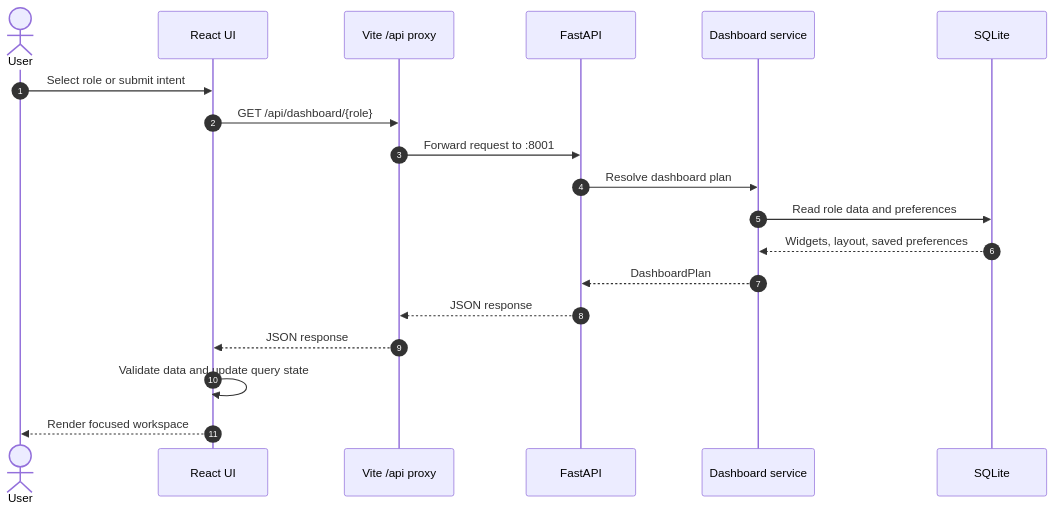
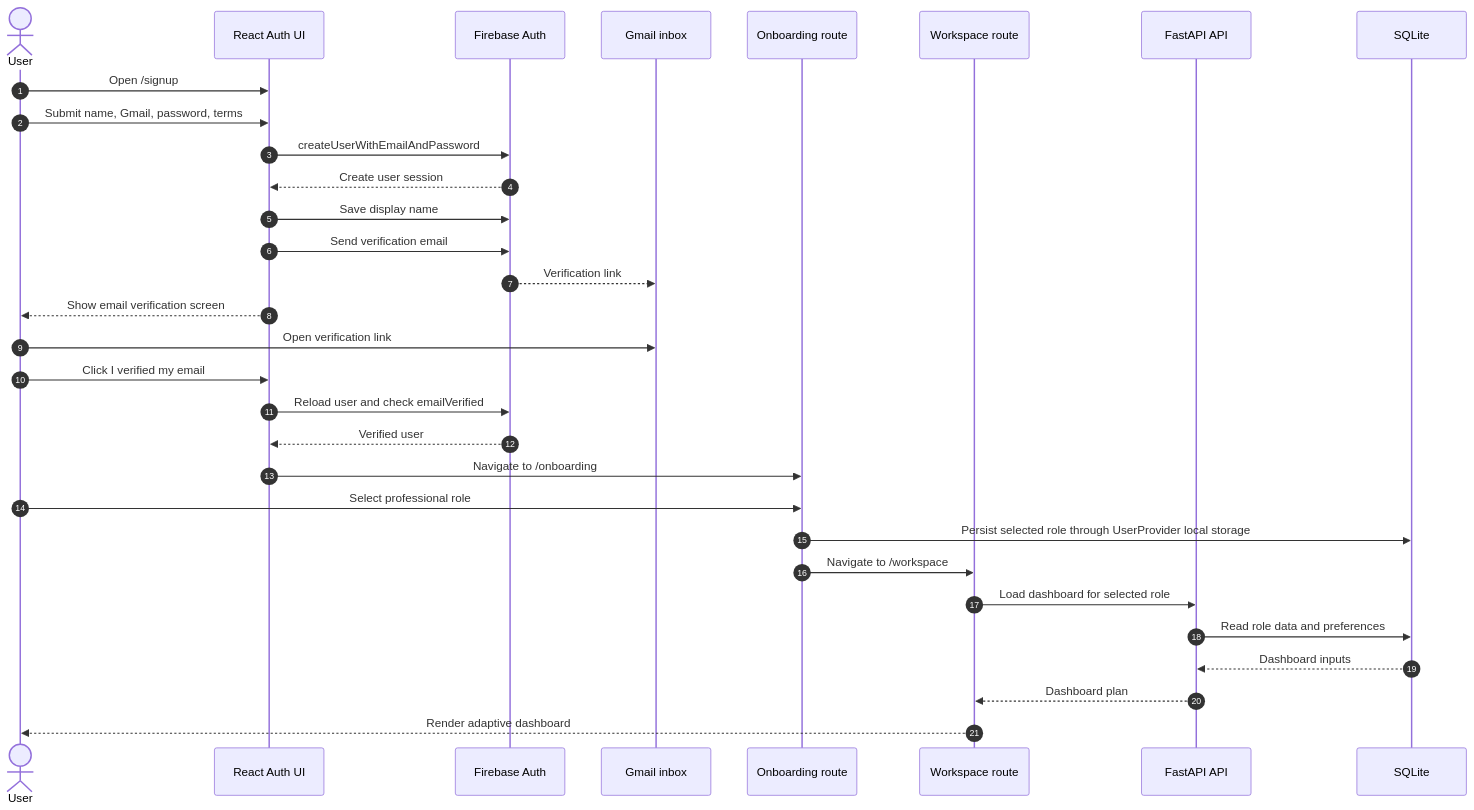
One commit to paawan-pawar/intent_workspace changed the second of 3 diagrams in README.md. Above: the diagram before and after it, drawn with Mermaid. The commit also changed other lines of this file, not shown here.

Commit message:
docs: update architecture and setup guide

````diff
--- a/README.md
+++ b/README.md
@@ -69,22 +104,34 @@
 ```mermaid
 sequenceDiagram
-	autonumber
-	actor User
-	participant UI as React UI
-	participant Proxy as Vite /api proxy
-	participant API as FastAPI
-	participant Service as Dashboard service
-	participant DB as SQLite
+    autonumber
+    actor User
+    participant UI as React Auth UI
+    participant Firebase as Firebase Auth
+    participant Gmail as Gmail inbox
+    participant Onboarding as Onboarding route
+    participant Workspace as Workspace route
+    participant API as FastAPI API
+    participant DB as SQLite
 
-	User->>UI: Select role or submit intent
-	UI->>Proxy: GET /api/dashboard/{role}
-	Proxy->>API: Forward request to :8001
-	API->>Service: Resolve dashboard plan
-	Service->>DB: Read role data and preferences
-	DB-->>Service: Widgets, layout, saved preferences
-	Service-->>API: DashboardPlan
-	API-->>Proxy: JSON response
-	Proxy-->>UI: JSON response
-	UI->>UI: Validate data and update query state
-	UI-->>User: Render focused workspace
+    User->>UI: Open /signup
+    User->>UI: Submit name, Gmail, password, terms
+    UI->>Firebase: createUserWithEmailAndPassword
+    Firebase-->>UI: Create user session
+    UI->>Firebase: Save display name
+    UI->>Firebase: Send verification email
+    Firebase-->>Gmail: Verification link
+    UI-->>User: Show email verification screen
+    User->>Gmail: Open verification link
+    User->>UI: Click I verified my email
+    UI->>Firebase: Reload user and check emailVerified
+    Firebase-->>UI: Verified user
+    UI->>Onboarding: Navigate to /onboarding
+    User->>Onboarding: Select professional role
+    Onboarding->>DB: Persist selected role through UserProvider local storage
+    Onboarding->>Workspace: Navigate to /workspace
+    Workspace->>API: Load dashboard for selected role
+    API->>DB: Read role data and preferences
+    DB-->>API: Dashboard inputs
+    API-->>Workspace: Dashboard plan
+    Workspace-->>User: Render adaptive dashboard
 ```
````
